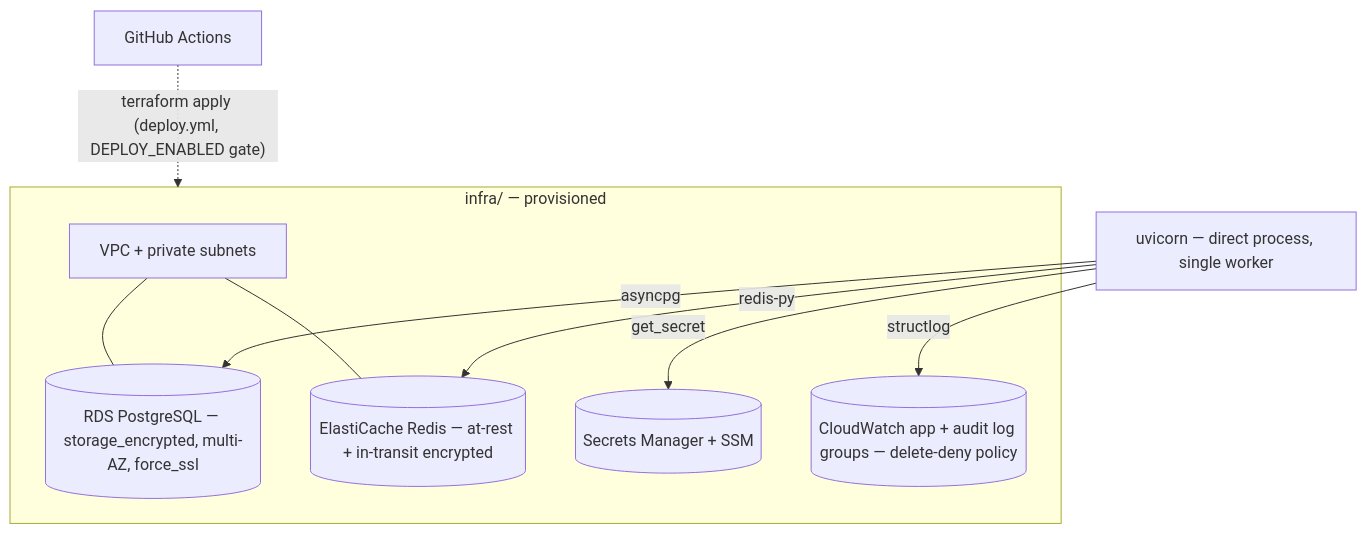
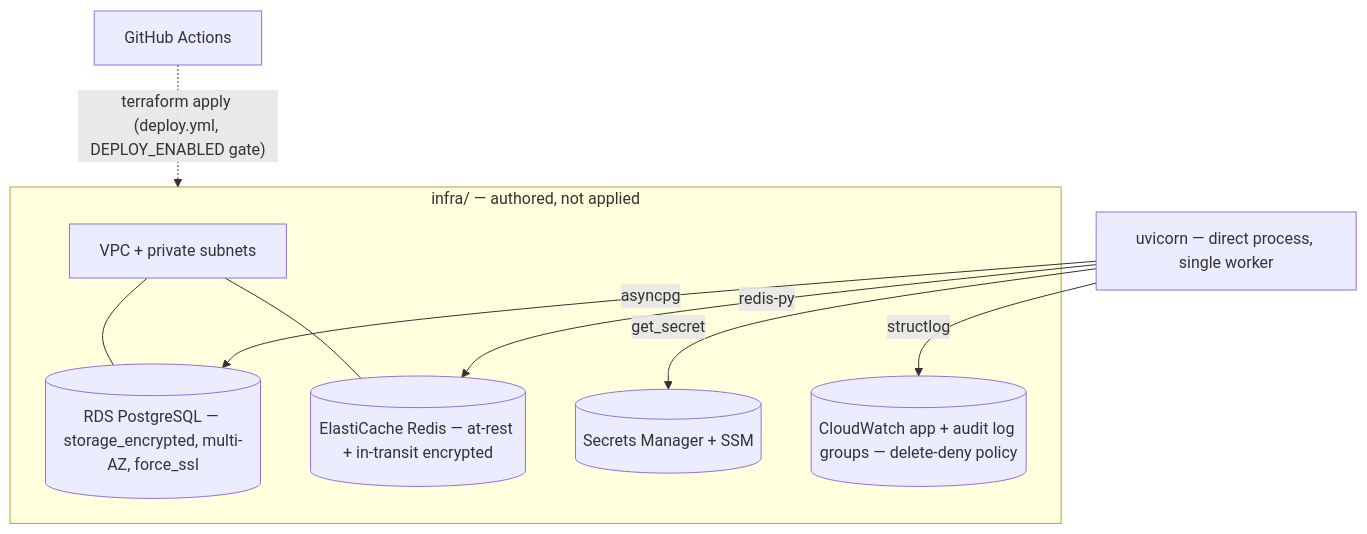
Before and after one commit to bretthinkle123/orbit-fitness-app: the seventh of 8 diagrams in docs/system_architecture.md, drawn with Mermaid. The commit also changed other lines of this file and 12 other files, not shown here.

````diff
--- a/docs/system_architecture.md
+++ b/docs/system_architecture.md
@@ -267,19 +290,19 @@
 ```mermaid
 flowchart TD
-    subgraph Provisioned_this_run [infra/ — provisioned]
+    subgraph Provisioned_this_run [infra/ — authored, not applied]
         VPC[VPC + private subnets]
         RDS[(RDS PostgreSQL — storage_encrypted, multi-AZ, force_ssl)]
         ElastiCache[(ElastiCache Redis — at-rest + in-transit encrypted)]
         SecretsMgr[(Secrets Manager + SSM)]
         LogGroups[(CloudWatch app + audit log groups — delete-deny policy)]
         VPC --- RDS
         VPC --- ElastiCache
     end
 
     Process[uvicorn — direct process, single worker] -->|asyncpg| RDS
     Process -->|redis-py| ElastiCache
     Process -->|get_secret| SecretsMgr
     Process -->|structlog| LogGroups
 
     CI2[GitHub Actions] -.->|"terraform apply (deploy.yml, DEPLOY_ENABLED gate)"| Provisioned_this_run
 ```
````
